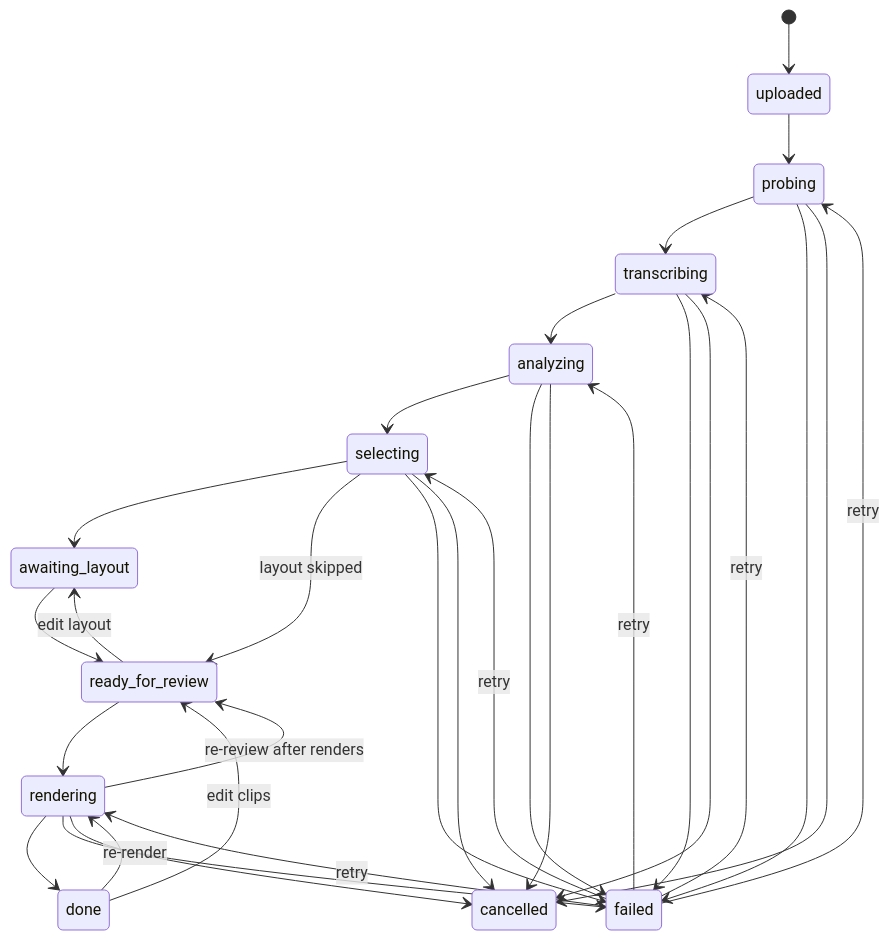
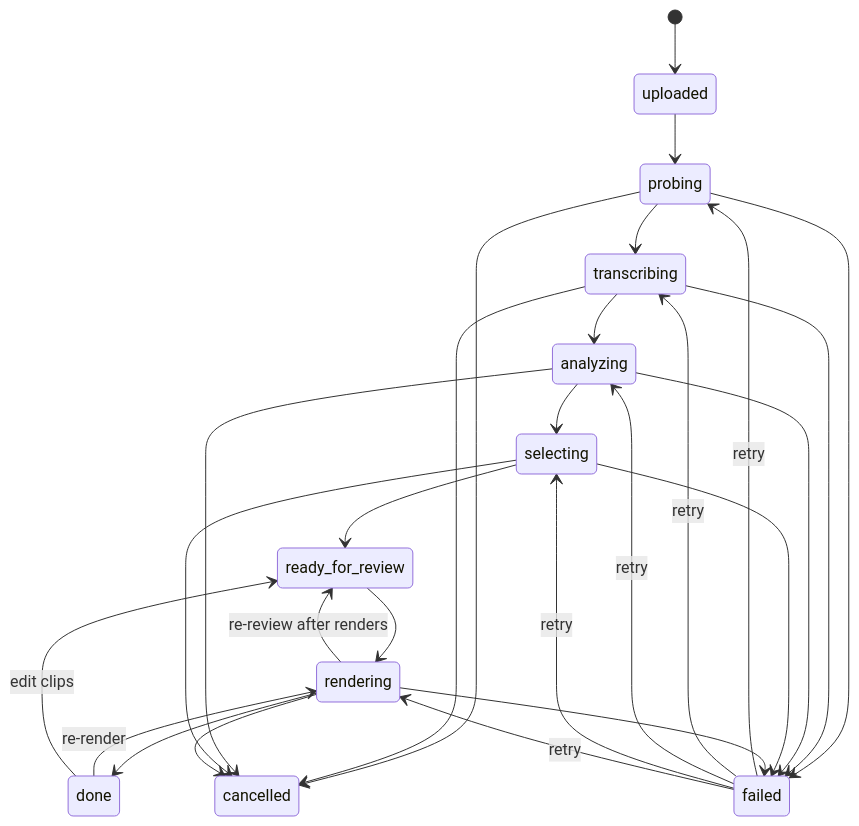
One commit to gabrielccarvalho/nimbus changed the diagram in docs/BUSINESS_LOGIC.md. Above: the diagram before and after it, drawn with Mermaid. The commit also changed other lines of this file and 84 other files, not shown here.

````diff
--- a/docs/BUSINESS_LOGIC.md
+++ b/docs/BUSINESS_LOGIC.md
@@ -22,32 +20,29 @@
 ```mermaid
 stateDiagram-v2
   [*] --> uploaded
   uploaded --> probing
   probing --> transcribing
   transcribing --> analyzing
   analyzing --> selecting
-  selecting --> awaiting_layout
-  selecting --> ready_for_review: layout skipped
-  awaiting_layout --> ready_for_review
+  selecting --> ready_for_review
   ready_for_review --> rendering
   rendering --> done
-  ready_for_review --> awaiting_layout: edit layout
   rendering --> ready_for_review: re-review after renders
   done --> rendering: re-render
   done --> ready_for_review: edit clips
   probing --> failed
   transcribing --> failed
   analyzing --> failed
   selecting --> failed
   rendering --> failed
   probing --> cancelled
   transcribing --> cancelled
   analyzing --> cancelled
   selecting --> cancelled
   rendering --> cancelled
   failed --> probing: retry
   failed --> transcribing: retry
   failed --> analyzing: retry
   failed --> selecting: retry
   failed --> rendering: retry
 ```
````
